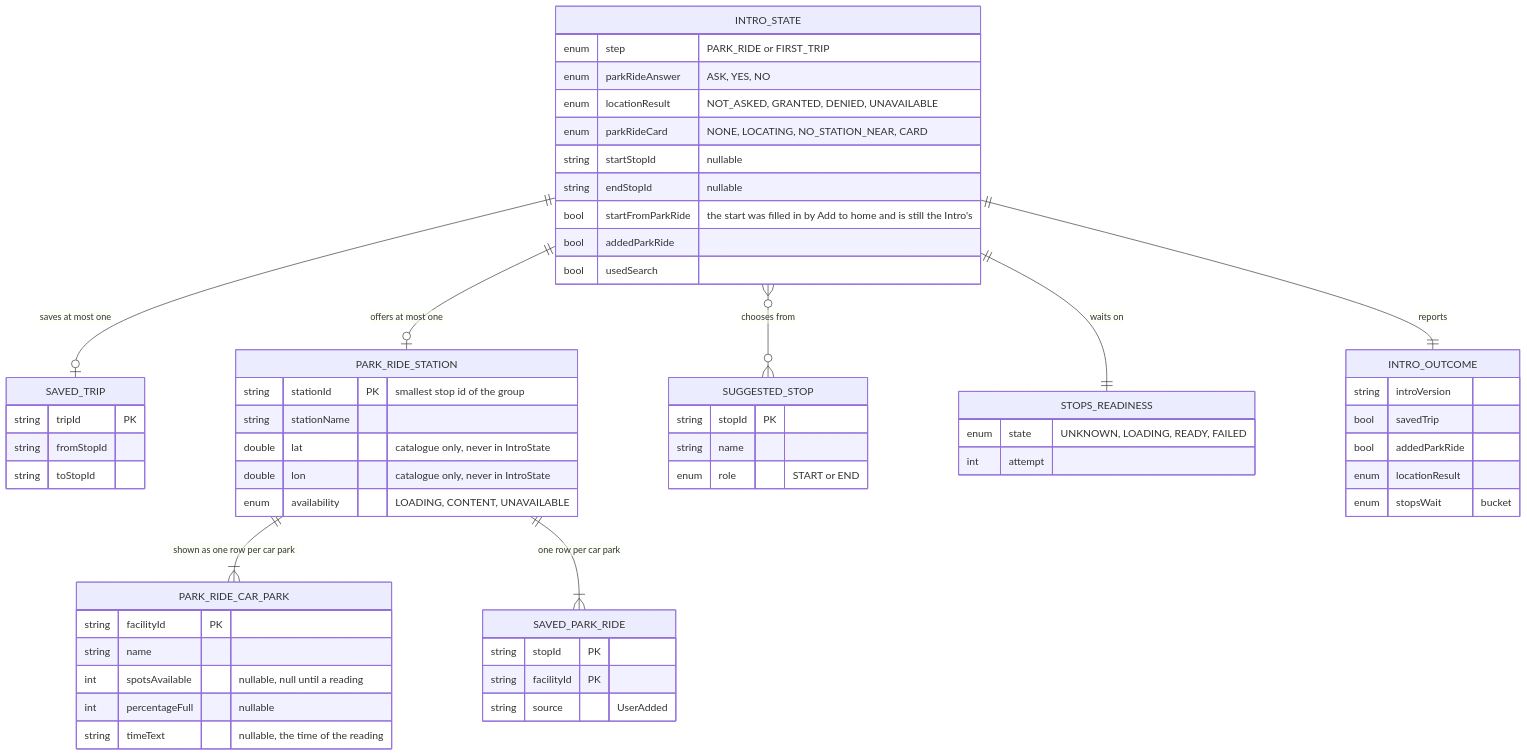
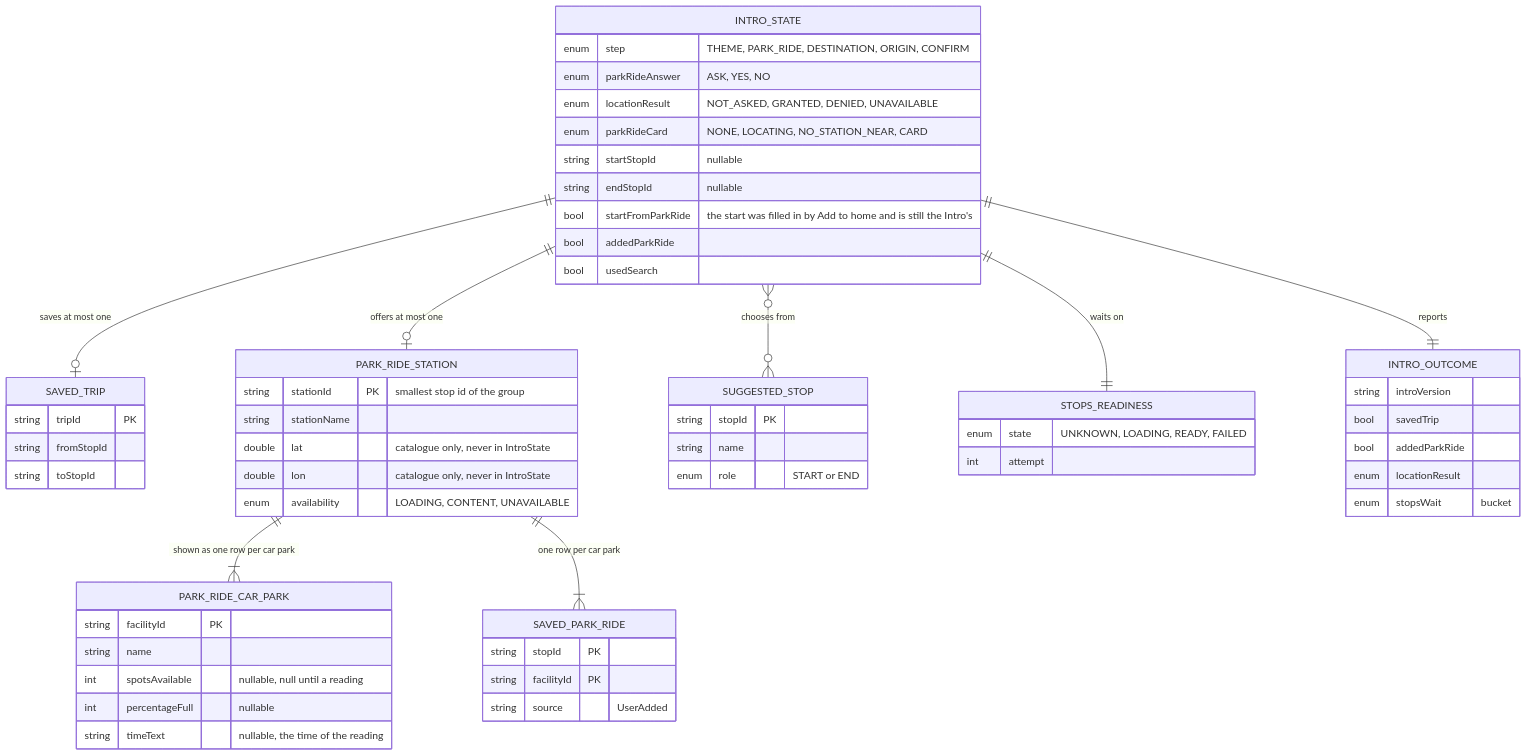
One commit to ksharma-xyz/KRAIL changed the first of 2 diagrams in docs/features/intro/ERD.md. Above: the diagram before and after it, drawn with Mermaid. The commit also changed other lines of this file, not shown here.

````diff
--- a/docs/features/intro/ERD.md
+++ b/docs/features/intro/ERD.md
@@ -34,61 +35,61 @@
 ```mermaid
 erDiagram
     INTRO_STATE ||--o| SAVED_TRIP : "saves at most one"
     INTRO_STATE ||--o| PARK_RIDE_STATION : "offers at most one"
     PARK_RIDE_STATION ||--|{ PARK_RIDE_CAR_PARK : "shown as one row per car park"
     PARK_RIDE_STATION ||--|{ SAVED_PARK_RIDE : "one row per car park"
     INTRO_STATE }o--o{ SUGGESTED_STOP : "chooses from"
     INTRO_STATE ||--|| STOPS_READINESS : "waits on"
     INTRO_STATE ||--|| INTRO_OUTCOME : "reports"
     INTRO_STATE {
-        enum step "PARK_RIDE or FIRST_TRIP"
+        enum step "THEME, PARK_RIDE, DESTINATION, ORIGIN, CONFIRM"
         enum parkRideAnswer "ASK, YES, NO"
         enum locationResult "NOT_ASKED, GRANTED, DENIED, UNAVAILABLE"
         enum parkRideCard "NONE, LOCATING, NO_STATION_NEAR, CARD"
         string startStopId "nullable"
         string endStopId "nullable"
         bool startFromParkRide "the start was filled in by Add to home and is still the Intro's"
         bool addedParkRide
         bool usedSearch
     }
     SUGGESTED_STOP {
         string stopId PK
         string name
         enum role "START or END"
     }
     PARK_RIDE_STATION {
         string stationId PK "smallest stop id of the group"
         string stationName
         double lat "catalogue only, never in IntroState"
         double lon "catalogue only, never in IntroState"
         enum availability "LOADING, CONTENT, UNAVAILABLE"
     }
     PARK_RIDE_CAR_PARK {
         string facilityId PK
         string name
         int spotsAvailable "nullable, null until a reading"
         int percentageFull "nullable"
         string timeText "nullable, the time of the reading"
     }
     SAVED_PARK_RIDE {
         string stopId PK
         string facilityId PK
         string source "UserAdded"
     }
     SAVED_TRIP {
         string tripId PK
         string fromStopId
         string toStopId
     }
     STOPS_READINESS {
         enum state "UNKNOWN, LOADING, READY, FAILED"
         int attempt
     }
     INTRO_OUTCOME {
         string introVersion
         bool savedTrip
         bool addedParkRide
         enum locationResult
         enum stopsWait "bucket"
     }
 ```
````
